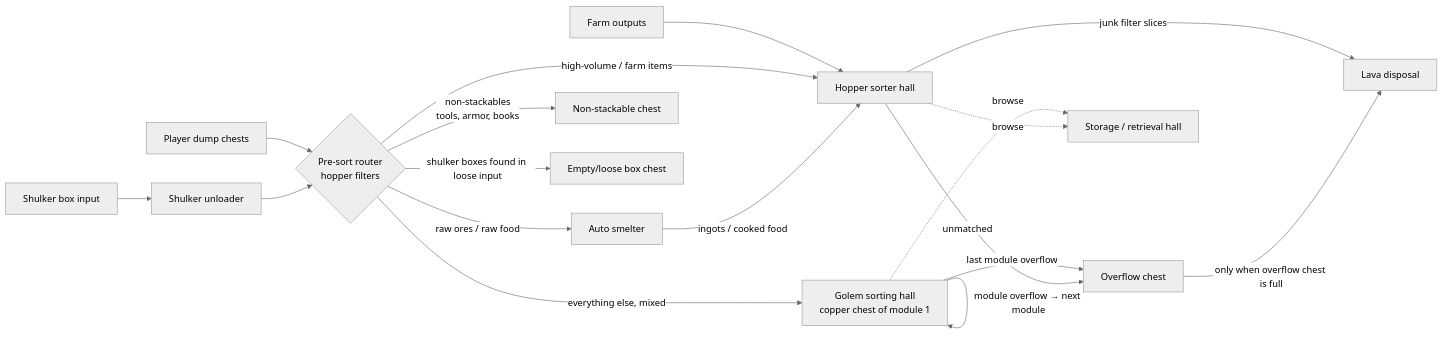
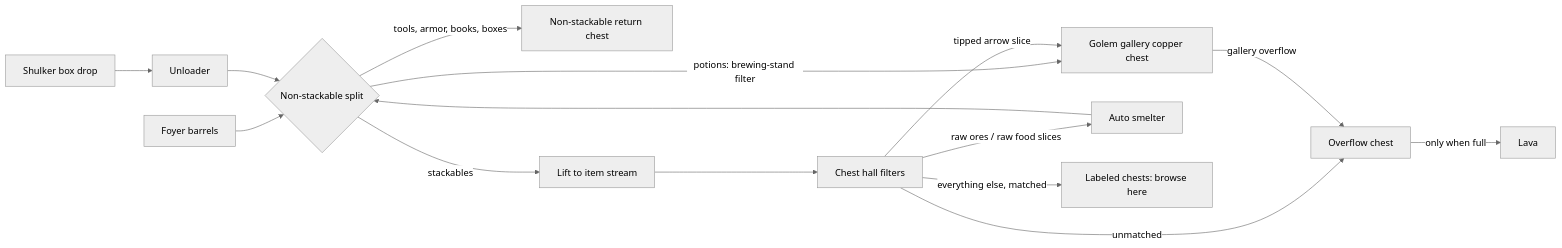
One commit to jeffmhopkins/Bleepbloop_City changed the diagram in plans/storage-layout.md. Above: the diagram before and after it, drawn with Mermaid (neutral theme). The commit also changed other lines of this file and 11 other files, not shown here.

Commit message:
Storage: hoppers primary, golem gallery showpiece, hall and block layout

````diff
--- a/plans/storage-layout.md
+++ b/plans/storage-layout.md
@@ -47,19 +119,15 @@
 ```mermaid
 flowchart LR
-    P[Player dump chests] --> R
-    SB[Shulker box input] --> U[Shulker unloader] --> R
-    F[Farm outputs] --> H
-    R{Pre-sort router<br/>hopper filters} -->|high-volume / farm items| H[Hopper sorter hall]
-    R -->|raw ores / raw food| S[Auto smelter]
-    R -->|non-stackables<br/>tools, armor, books| N[Non-stackable chest]
-    R -->|shulker boxes found in loose input| EB[Empty/loose box chest]
-    R -->|everything else, mixed| G[Golem sorting hall<br/>copper chest of module 1]
-    S -->|ingots / cooked food| H
-    G -->|module overflow → next module| G
-    G -->|last module overflow| O[Overflow chest]
-    H -->|unmatched| O
-    H -->|junk filter slices| L[Lava disposal]
-    O -->|only when overflow chest is full| L
-    G -.browse.-> B[Storage / retrieval hall]
-    H -.browse.-> B
+    P[Foyer barrels] --> NS{Non-stackable split}
+    SB[Shulker box drop] --> U[Unloader] --> NS
+    NS -->|potions: brewing-stand filter| G[Golem gallery copper chest]
+    NS -->|tools, armor, books, boxes| N[Non-stackable return chest]
+    NS -->|stackables| L[Lift to item stream]
+    L --> H[Chest hall filters]
+    H -->|raw ores / raw food slices| S[Auto smelter] --> NS
+    H -->|tipped arrow slice| G
+    H -->|everything else, matched| C[Labeled chests: browse here]
+    H -->|unmatched| O[Overflow chest]
+    G -->|gallery overflow| O
+    O -->|only when full| LV[Lava]
 ```
````
